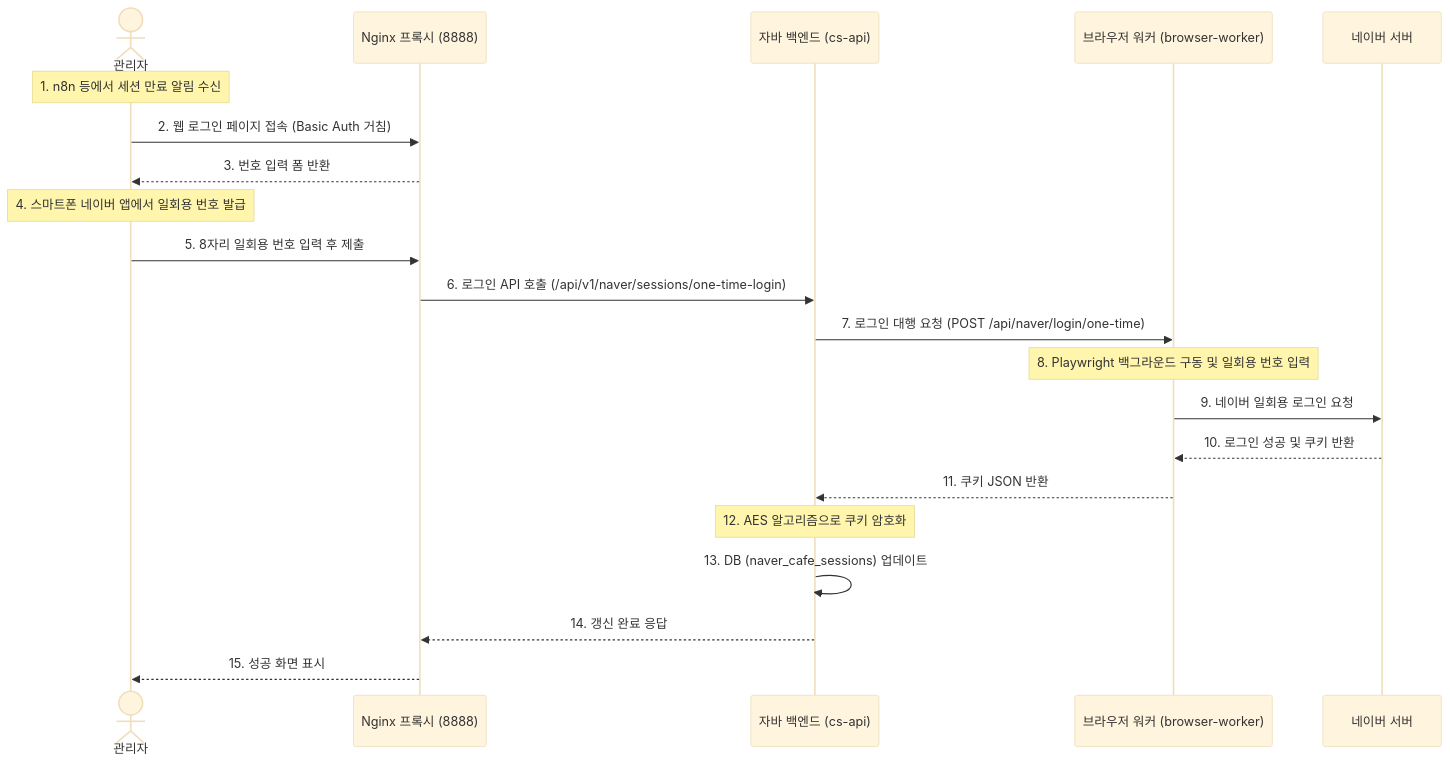
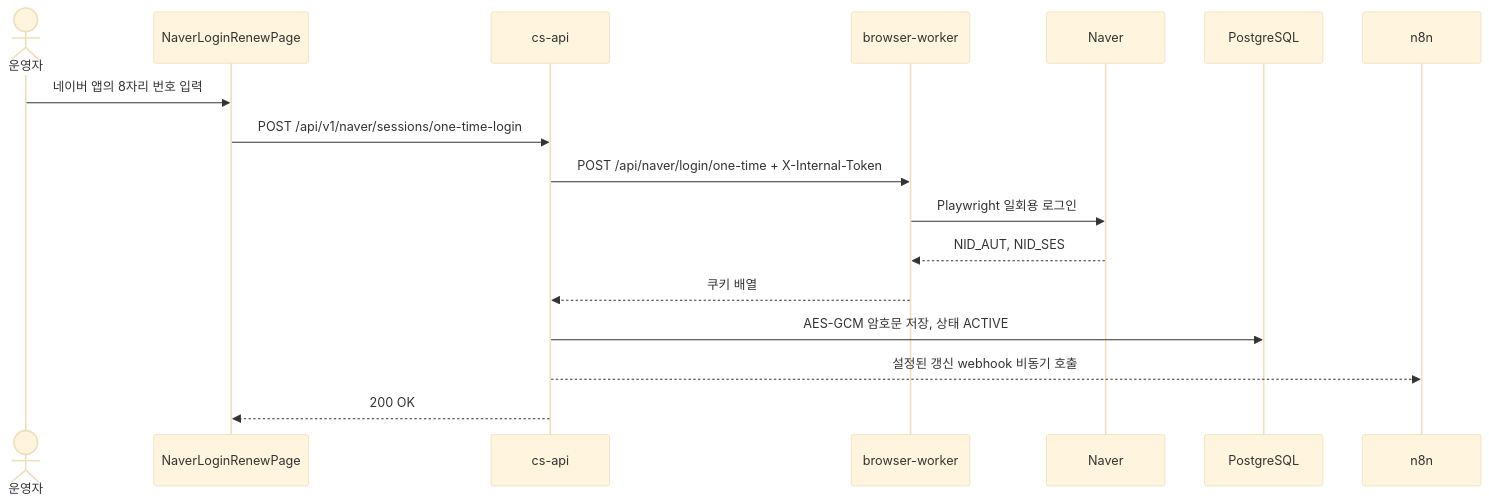
One commit to Yoonsik-Shin/cs-hub changed the diagram in docs/docs/NAVER_SESSION_AUTOMATION.md. Above: the diagram before and after it, drawn with Mermaid (base theme). The commit also changed other lines of this file and 2 other files, not shown here.

````diff
--- a/docs/docs/NAVER_SESSION_AUTOMATION.md
+++ b/docs/docs/NAVER_SESSION_AUTOMATION.md
@@ -43,24 +11,20 @@
 ```mermaid
 sequenceDiagram
-    actor Manager as 관리자
-    participant Nginx as Nginx 프록시 (8888)
-    participant Java as 자바 백엔드 (cs-api)
-    participant Worker as 브라우저 워커 (browser-worker)
-    participant Naver as 네이버 서버
+    actor Operator as 운영자
+    participant UI as NaverLoginRenewPage
+    participant API as cs-api
+    participant Worker as browser-worker
+    participant Naver as Naver
+    participant DB as PostgreSQL
+    participant n8n as n8n
 
-    Note over Manager: 1. n8n 등에서 세션 만료 알림 수신
-    Manager->>Nginx: 2. 웹 로그인 페이지 접속 (Basic Auth 거침)
-    Nginx-->>Manager: 3. 번호 입력 폼 반환
-    Note over Manager: 4. 스마트폰 네이버 앱에서 일회용 번호 발급
-    Manager->>Nginx: 5. 8자리 일회용 번호 입력 후 제출
-    Nginx->>Java: 6. 로그인 API 호출 (/api/v1/naver/sessions/one-time-login)
-    Java->>Worker: 7. 로그인 대행 요청 (POST /api/naver/login/one-time)
-    Note over Worker: 8. Playwright 백그라운드 구동 및 일회용 번호 입력
-    Worker->>Naver: 9. 네이버 일회용 로그인 요청
-    Naver-->>Worker: 10. 로그인 성공 및 쿠키 반환
-    Worker-->>Java: 11. 쿠키 JSON 반환
-    Note over Java: 12. AES 알고리즘으로 쿠키 암호화
-    Java->>Java: 13. DB (naver_cafe_sessions) 업데이트
-    Java-->>Nginx: 14. 갱신 완료 응답
-    Nginx-->>Manager: 15. 성공 화면 표시
+    Operator->>UI: 네이버 앱의 8자리 번호 입력
+    UI->>API: POST /api/v1/naver/sessions/one-time-login
+    API->>Worker: POST /api/naver/login/one-time + X-Internal-Token
+    Worker->>Naver: Playwright 일회용 로그인
+    Naver-->>Worker: NID_AUT, NID_SES
+    Worker-->>API: 쿠키 배열
+    API->>DB: AES-GCM 암호문 저장, 상태 ACTIVE
+    API-->>n8n: 설정된 갱신 webhook 비동기 호출
+    API-->>UI: 200 OK
 ```
````
